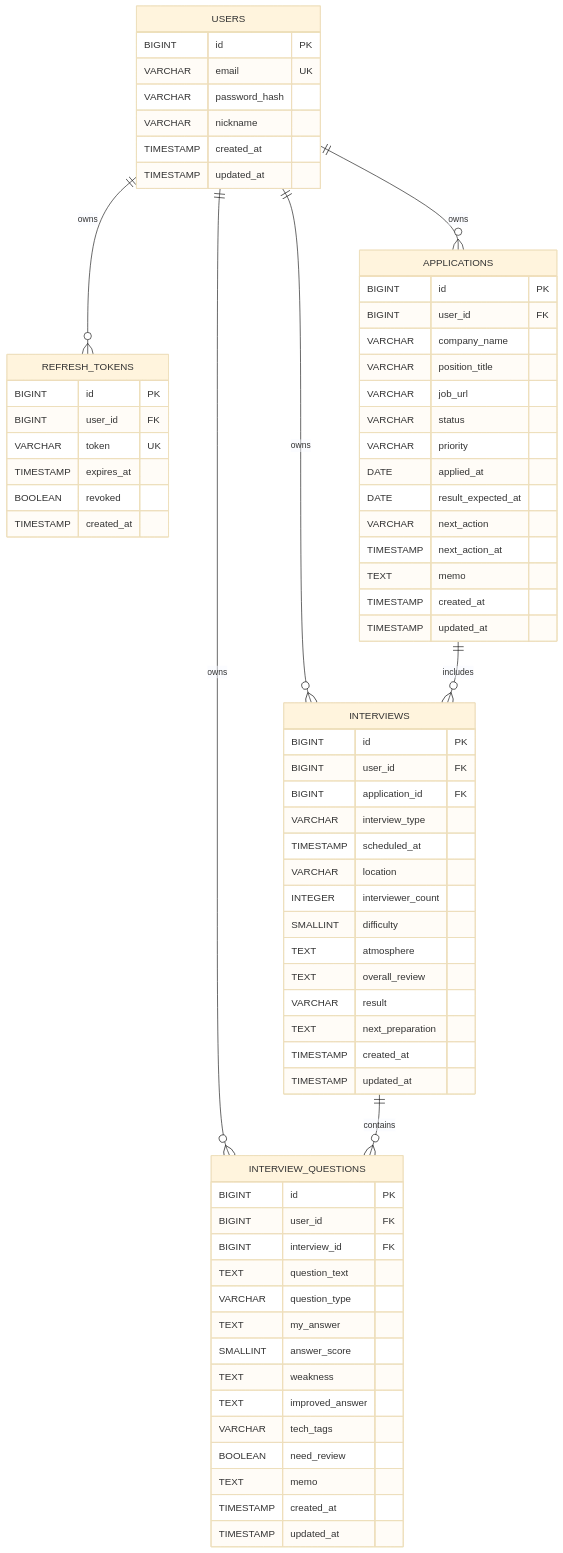
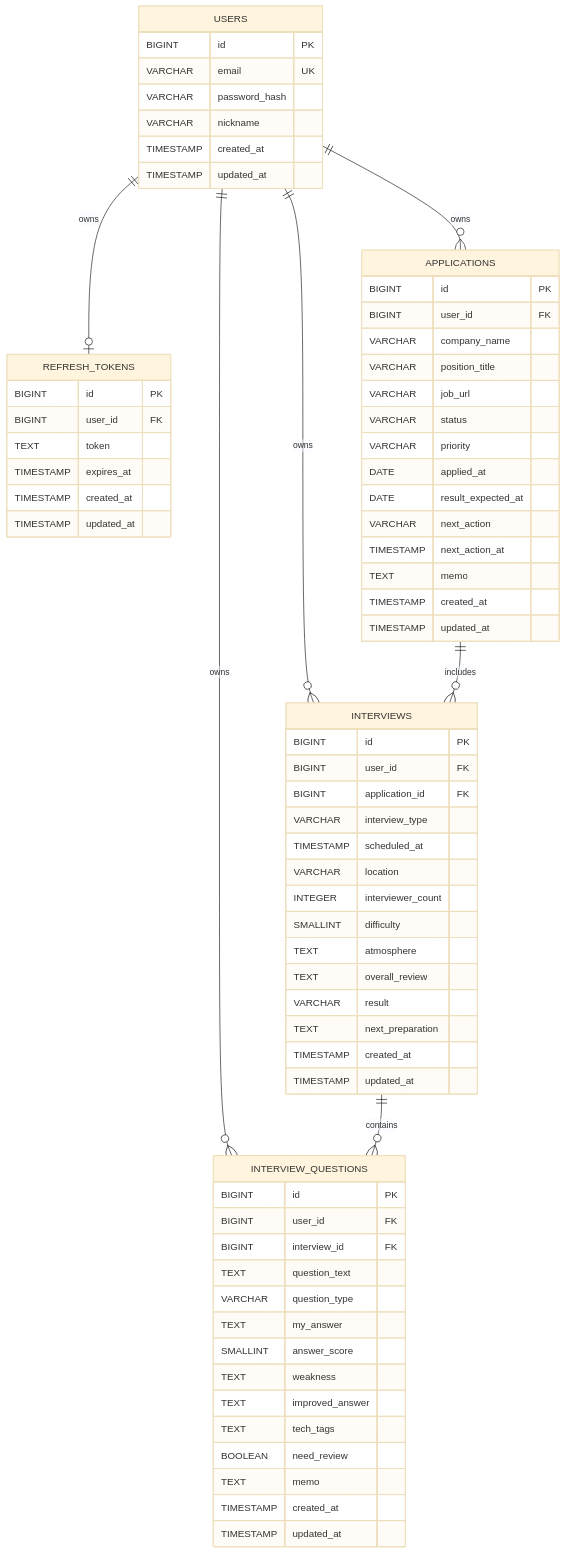
One commit to tasueom/career-log changed the diagram in docs/erd.md. Above: the diagram before and after it, drawn with Mermaid (base theme). The commit also changed other lines of this file and 3 other files, not shown here.

````diff
--- a/docs/erd.md
+++ b/docs/erd.md
@@ -10,78 +10,78 @@
 ```mermaid
 erDiagram
-    USERS ||--o{ REFRESH_TOKENS : "owns"
+    USERS ||--o| REFRESH_TOKENS : "owns"
     USERS ||--o{ APPLICATIONS : "owns"
     USERS ||--o{ INTERVIEWS : "owns"
     USERS ||--o{ INTERVIEW_QUESTIONS : "owns"
     APPLICATIONS ||--o{ INTERVIEWS : "includes"
     INTERVIEWS ||--o{ INTERVIEW_QUESTIONS : "contains"
 
     USERS {
         BIGINT id PK
         VARCHAR email UK
         VARCHAR password_hash
         VARCHAR nickname
         TIMESTAMP created_at
         TIMESTAMP updated_at
     }
 
     REFRESH_TOKENS {
         BIGINT id PK
         BIGINT user_id FK
-        VARCHAR token UK
+        TEXT token
         TIMESTAMP expires_at
-        BOOLEAN revoked
         TIMESTAMP created_at
+        TIMESTAMP updated_at
     }
 
     APPLICATIONS {
         BIGINT id PK
         BIGINT user_id FK
         VARCHAR company_name
         VARCHAR position_title
         VARCHAR job_url
         VARCHAR status
         VARCHAR priority
         DATE applied_at
         DATE result_expected_at
         VARCHAR next_action
         TIMESTAMP next_action_at
         TEXT memo
         TIMESTAMP created_at
         TIMESTAMP updated_at
     }
 
     INTERVIEWS {
         BIGINT id PK
         BIGINT user_id FK
         BIGINT application_id FK
         VARCHAR interview_type
         TIMESTAMP scheduled_at
         VARCHAR location
         INTEGER interviewer_count
         SMALLINT difficulty
         TEXT atmosphere
         TEXT overall_review
         VARCHAR result
         TEXT next_preparation
         TIMESTAMP created_at
         TIMESTAMP updated_at
     }
 
     INTERVIEW_QUESTIONS {
         BIGINT id PK
         BIGINT user_id FK
         BIGINT interview_id FK
         TEXT question_text
         VARCHAR question_type
         TEXT my_answer
         SMALLINT answer_score
         TEXT weakness
         TEXT improved_answer
-        VARCHAR tech_tags
+        TEXT tech_tags
         BOOLEAN need_review
         TEXT memo
         TIMESTAMP created_at
         TIMESTAMP updated_at
     }
 ```
````
